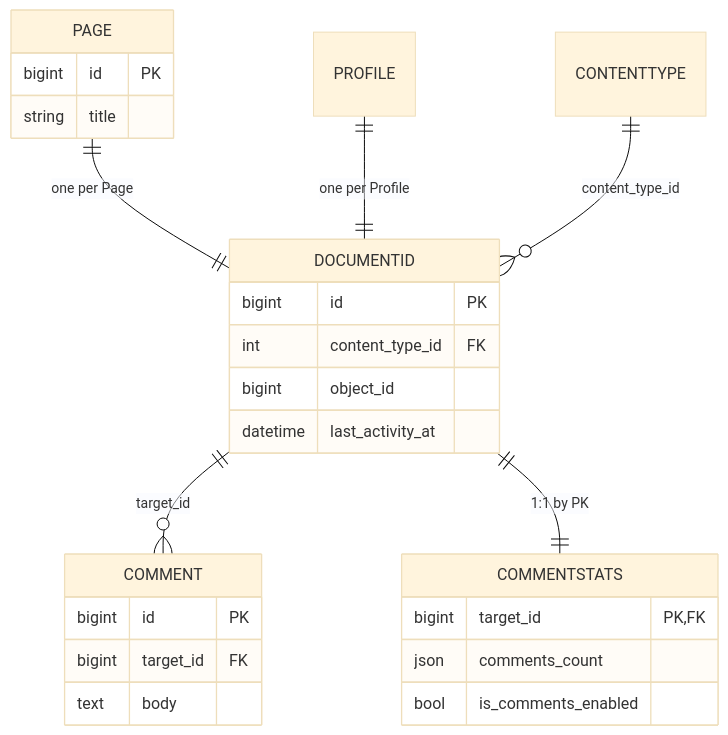
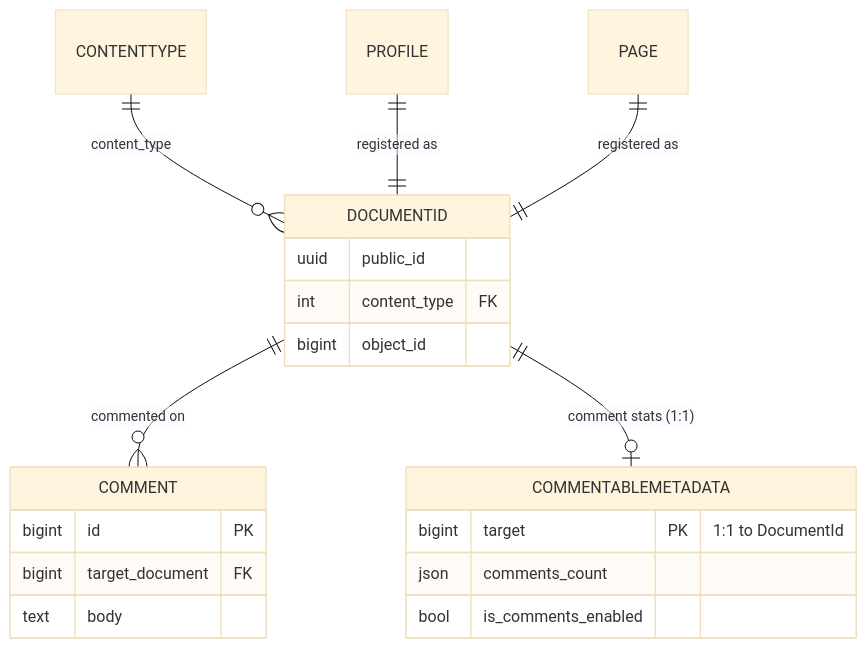
The diagram in baseapp_core/README.md (silverlogic/baseapp-backend), drawn with Mermaid (base theme) before and after one commit. The commit also changed 12 other files, not shown here.

````diff
--- a/baseapp_core/README.md
+++ b/baseapp_core/README.md
@@ -20,33 +20,28 @@
 ```mermaid
 erDiagram
-    PAGE ||--|| DOCUMENTID : "one per Page"
-    PROFILE ||--|| DOCUMENTID : "one per Profile"
-    CONTENTTYPE ||--o{ DOCUMENTID : "content_type_id"
-    
-    DOCUMENTID ||--o{ COMMENT : "target_id"
-    DOCUMENTID ||--|| COMMENTSTATS : "1:1 by PK"
-    
-    PAGE {
-        bigint id PK
-        string title
+    CONTENTTYPE ||--o{ DOCUMENTID : "content_type"
+
+    PROFILE ||--|| DOCUMENTID : "registered as"
+    PAGE    ||--|| DOCUMENTID : "registered as"
+
+    DOCUMENTID ||--o{ COMMENT             : "commented on"
+    DOCUMENTID ||--o| COMMENTABLEMETADATA : "comment stats (1:1)"
+
+    DOCUMENTID {
+        uuid public_id
+        int content_type FK
+        bigint object_id
     }
-    
-    DOCUMENTID {
-        bigint id PK
-        int content_type_id FK
-        bigint object_id
-        datetime last_activity_at
-    }
-    
+
     COMMENT {
         bigint id PK
-        bigint target_id FK
+        bigint target_document FK
         text body
     }
 
-    COMMENTSTATS {
-        bigint target_id PK, FK
+    COMMENTABLEMETADATA {
+        bigint target PK "1:1 to DocumentId"
         json comments_count
         bool is_comments_enabled
     }
 ```
````
